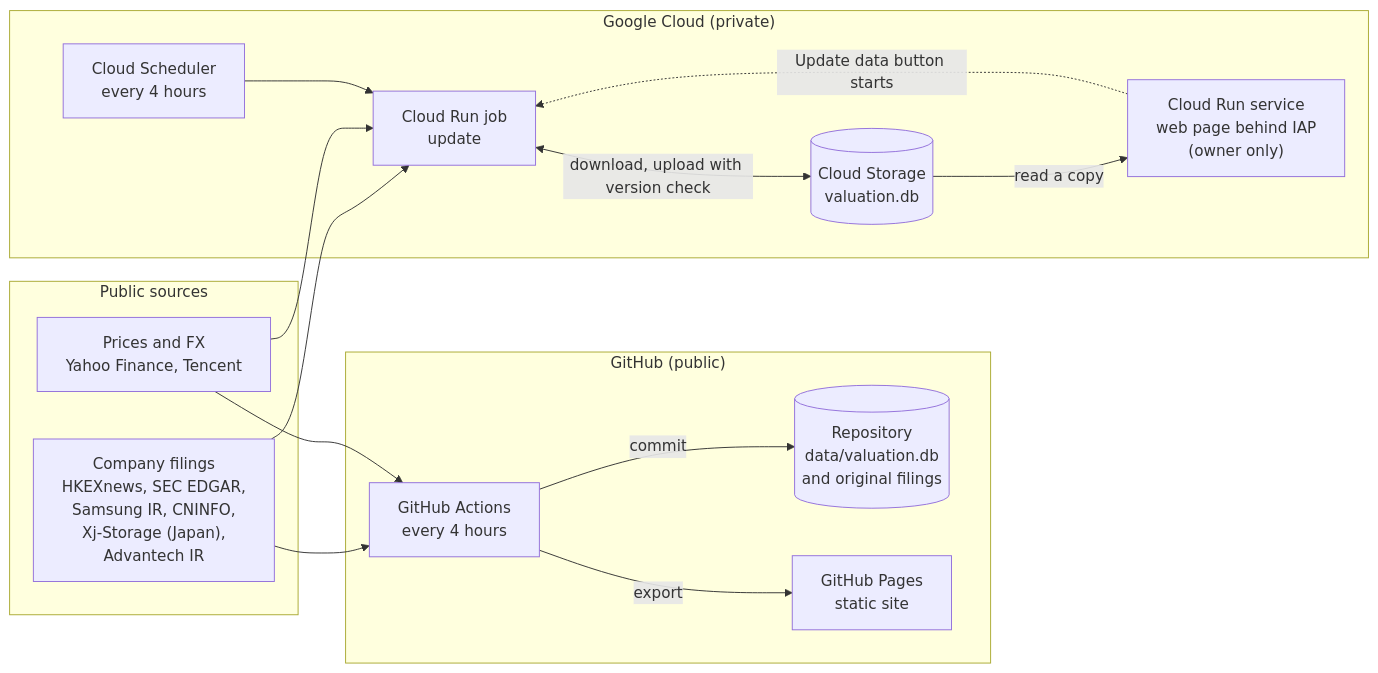
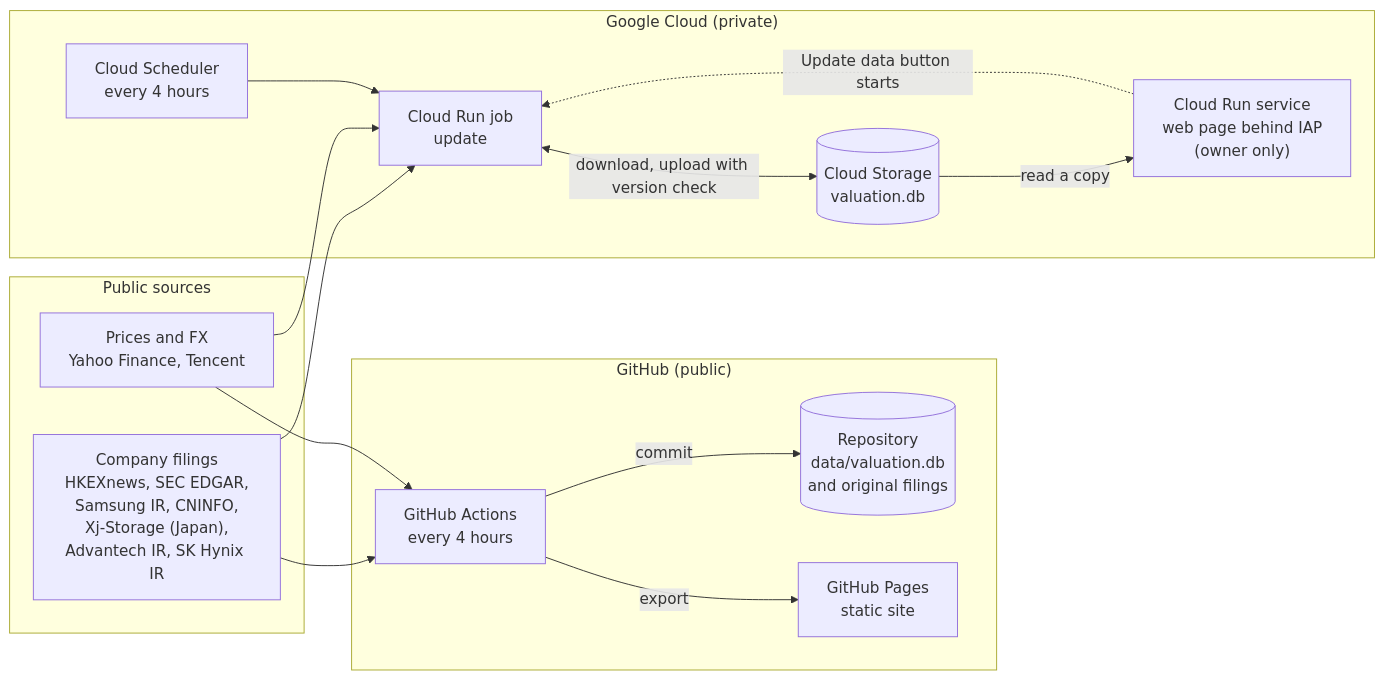
The diagram in README.md (yun-zhsh/Watchlist-monitor), drawn with Mermaid before and after one commit. The commit also changed other lines of this file and 6 other files, not shown here.

````diff
--- a/README.md
+++ b/README.md
@@ -19,32 +19,32 @@
 ```mermaid
 flowchart LR
   subgraph SRC["Public sources"]
-    F["Company filings<br/>HKEXnews, SEC EDGAR,<br/>Samsung IR, CNINFO,<br/>Xj-Storage (Japan),<br/>Advantech IR"]
+    F["Company filings<br/>HKEXnews, SEC EDGAR,<br/>Samsung IR, CNINFO,<br/>Xj-Storage (Japan),<br/>Advantech IR, SK Hynix IR"]
     P["Prices and FX<br/>Yahoo Finance, Tencent"]
   end
 
   subgraph GH["GitHub (public)"]
     A["GitHub Actions<br/>every 4 hours"]
     R[("Repository<br/>data/valuation.db<br/>and original filings")]
     S["GitHub Pages<br/>static site"]
   end
 
   subgraph GCP["Google Cloud (private)"]
     SCH["Cloud Scheduler<br/>every 4 hours"]
     J["Cloud Run job<br/>update"]
     B[("Cloud Storage<br/>valuation.db")]
     W["Cloud Run service<br/>web page behind IAP<br/>(owner only)"]
   end
 
   F --> A
   P --> A
   A -- commit --> R
   A -- export --> S
 
   F --> J
   P --> J
   SCH --> J
   J <-- "download, upload with version check" --> B
   B -- "read a copy" --> W
   W -. "Update data button starts" .-> J
 ```
````
